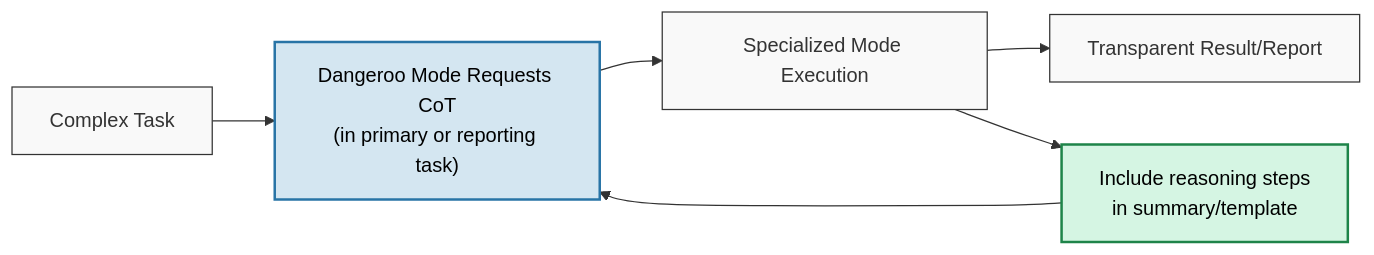
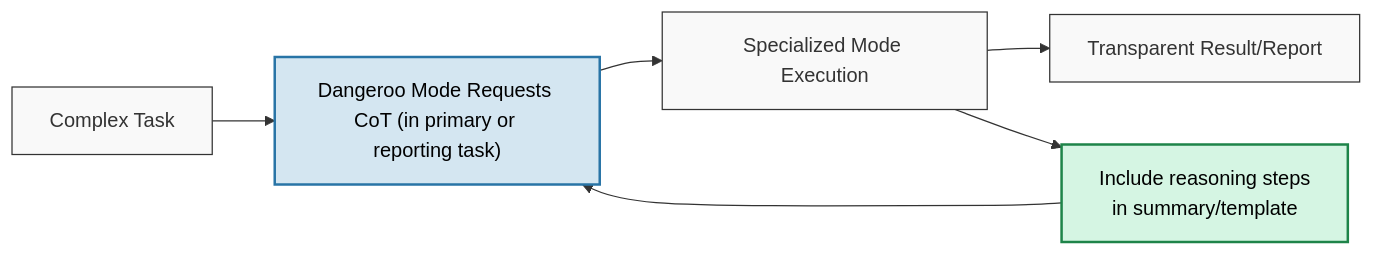
The third of 5 diagrams in README.md (darrynv/dangeroo), drawn with Mermaid before and after one commit. The commit also changed other lines of this file and 2 other files, not shown here.

Commit message:
Updated readme with more human readable flow (they have .roomodes.mermaid for detail) and also fixed debugging logic bug in Dangeroo Mode.

````diff
--- a/README.md
+++ b/README.md
@@ -236,16 +156,16 @@
     ```mermaid
     flowchart LR
-        A["Complex Task"] --> B["Dangeroo Mode Requests CoT\n(in primary or reporting task)"]
+        A["Complex Task"] --> B["Dangeroo Mode Requests CoT (in primary or reporting task)"]
         B --> C["Specialized Mode Execution"]
         C --> D["Transparent Result/Report"]
 
         C --> E["Include reasoning steps\nin summary/template"]
         E --> B
 
         classDef default fill:#f9f9f9,stroke:#333,stroke-width:1px,color:#333
         classDef focus fill:#d4e6f1,stroke:#2874a6,stroke-width:2px,color:#000
         classDef reasoning fill:#d5f5e3,stroke:#1e8449,stroke-width:2px,color:#000
 
         class B focus
         class E reasoning
     ```
````
